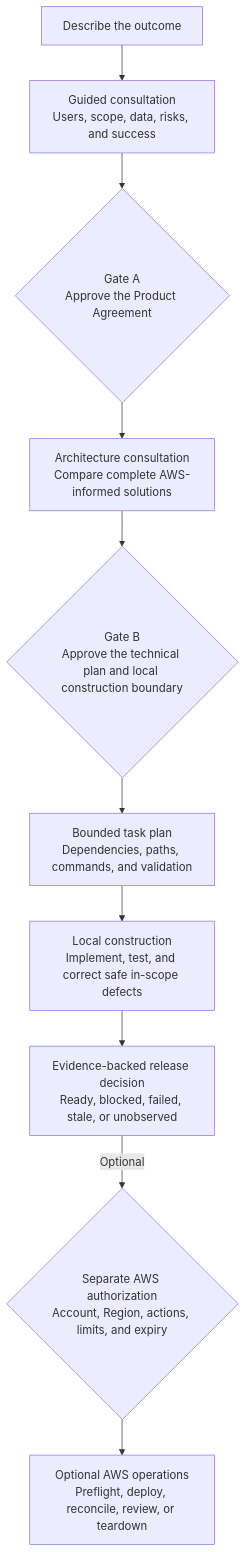
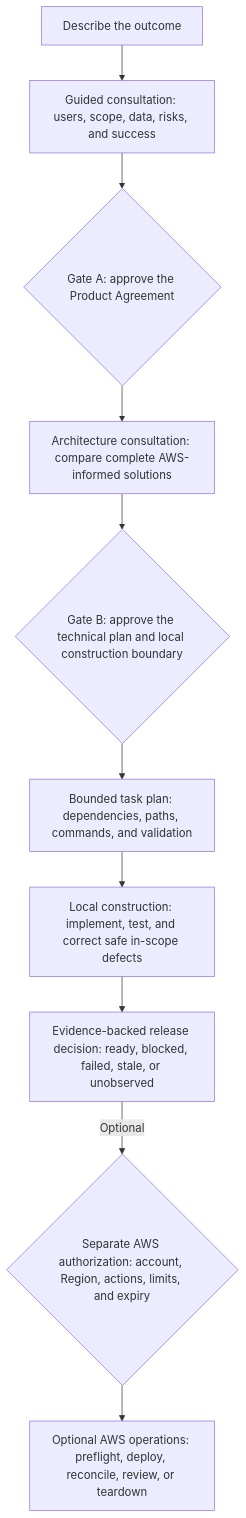
One commit to Levi-Breedlove/codex-aws-aidlc changed the first of 2 diagrams in README.md. Above: the diagram before and after it, drawn with Mermaid. The commit also changed other lines of this file and 3 other files, not shown here.

Commit message:
fix: keep Mermaid labels readable on GitHub

````diff
--- a/README.md
+++ b/README.md
@@ -50,20 +50,20 @@
 ```mermaid
 flowchart TB
     accTitle: Fastlane customer delivery lifecycle
     accDescr: The owner describes an outcome, approves requirements and the technical plan, Codex builds and validates locally, and AWS operations remain separately authorized.
 
     IDEA["Describe the outcome"]
-    DEFINE["Guided consultation<br/>Users, scope, data, risks, and success"]
-    GATEA{"Gate A<br/>Approve the Product Agreement"}
-    DESIGN["Architecture consultation<br/>Compare complete AWS-informed solutions"]
-    GATEB{"Gate B<br/>Approve the technical plan and local construction boundary"}
-    TASKS["Bounded task plan<br/>Dependencies, paths, commands, and validation"]
-    BUILD["Local construction<br/>Implement, test, and correct safe in-scope defects"]
-    RELEASE["Evidence-backed release decision<br/>Ready, blocked, failed, stale, or unobserved"]
-    AWSAUTH{"Separate AWS authorization<br/>Account, Region, actions, limits, and expiry"}
-    AWSOPS["Optional AWS operations<br/>Preflight, deploy, reconcile, review, or teardown"]
+    DEFINE["Guided consultation: users, scope, data, risks, and success"]
+    GATEA{"Gate A: approve the Product Agreement"}
+    DESIGN["Architecture consultation: compare complete AWS-informed solutions"]
+    GATEB{"Gate B: approve the technical plan and local construction boundary"}
+    TASKS["Bounded task plan: dependencies, paths, commands, and validation"]
+    BUILD["Local construction: implement, test, and correct safe in-scope defects"]
+    RELEASE["Evidence-backed release decision: ready, blocked, failed, stale, or unobserved"]
+    AWSAUTH{"Separate AWS authorization: account, Region, actions, limits, and expiry"}
+    AWSOPS["Optional AWS operations: preflight, deploy, reconcile, review, or teardown"]
 
     IDEA --> DEFINE --> GATEA --> DESIGN --> GATEB
     GATEB --> TASKS --> BUILD --> RELEASE
     RELEASE -->|"Optional"| AWSAUTH --> AWSOPS
 ```
````
